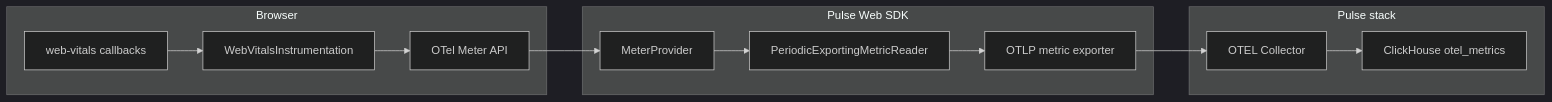
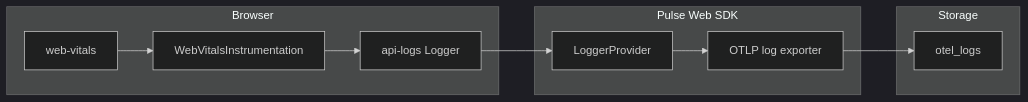
Before and after one commit to dream-horizon-org/pulse: the diagram in pulse-web-otel/web-sdk-plan/v2-web-vitals/DESIGN.md, drawn with Mermaid (dark theme). The commit also changed other lines of this file and 34 other files, not shown here.

First line of the commit message:
feat(web-sdk): Web Vitals Plan B, demo tooling, Cursor skills

````diff
--- a/pulse-web-otel/web-sdk-plan/v2-web-vitals/DESIGN.md
+++ b/pulse-web-otel/web-sdk-plan/v2-web-vitals/DESIGN.md
@@ -46,24 +37,20 @@
 ```mermaid
 flowchart LR
   subgraph browser [Browser]
-    WV[web-vitals callbacks]
+    WV[web-vitals]
     Inst[WebVitalsInstrumentation]
-    Meter[OTel Meter API]
+    Log[api-logs Logger]
   end
   subgraph sdk [Pulse Web SDK]
-    MP[MeterProvider]
-    Reader[PeriodicExportingMetricReader]
-    Exp[OTLP metric exporter]
+    LP[LoggerProvider]
+    Exp[OTLP log exporter]
   end
-  subgraph backend [Pulse stack]
-    Coll[OTEL Collector]
-    CH[ClickHouse otel_metrics]
+  subgraph store [Storage]
+    CH[otel_logs]
   end
   WV --> Inst
-  Inst --> Meter
-  Meter --> MP
-  MP --> Reader
-  Reader --> Exp
-  Exp --> Coll
-  Coll --> CH
+  Inst --> Log
+  Log --> LP
+  LP --> Exp
+  Exp --> CH
 ```
````
